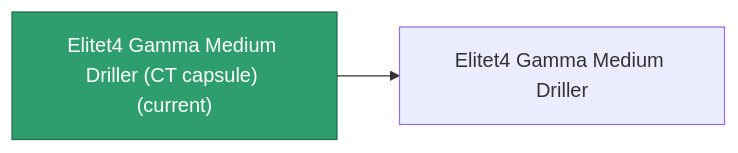
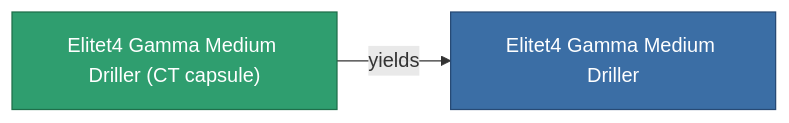
The diagram in content/content/items/elitet4_gamma_medium_driller_CT_capsule.md (OpenPerpetuum/Wiki), drawn with Mermaid before and after one commit. The commit also changed other lines of this file and 2015 other files, not shown here.

````diff
--- a/content/content/items/elitet4_gamma_medium_driller_CT_capsule.md
+++ b/content/content/items/elitet4_gamma_medium_driller_CT_capsule.md
@@ -33,8 +33,9 @@
 ```mermaid
 graph LR
-    a["Elitet4 Gamma Medium Driller (CT capsule) (current)"]:::current
-    b["Elitet4 Gamma Medium Driller"]
-    a --> b
-    click b "/content/items/elitet4-gamma-medium-driller/" "Elitet4 Gamma Medium Driller"
+    a["Elitet4 Gamma Medium Driller (CT capsule)"]:::current
+    b["Elitet4 Gamma Medium Driller"]:::finished
+    a -->|yields| b
+                click b "/content/items/elitet4-gamma-medium-driller/" "Elitet4 Gamma Medium Driller"
     classDef current fill:#2f9e6f,stroke:#1f6f4a,color:#ffffff
+    classDef finished fill:#3b6ea5,stroke:#274a75,color:#ffffff
 ```
````
